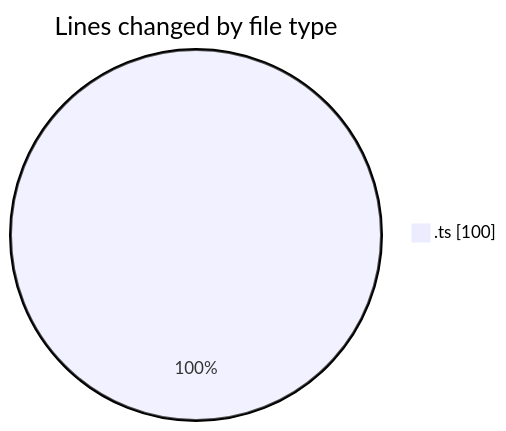
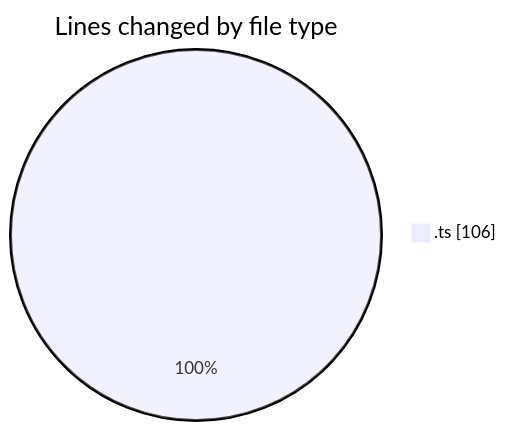
One commit to momahboobian/code-tracking changed the first of 2 diagrams in 2025-06-24/cda/README.md. Above: the diagram before and after it, drawn with Mermaid. The commit also changed other lines of this file and 1 other file, not shown here.

````diff
--- a/2025-06-24/cda/README.md
+++ b/2025-06-24/cda/README.md
@@ -20,5 +20,5 @@
 ```mermaid
 pie showData
 title Lines changed by file type
-".ts" : 100
+".ts" : 106
 ```
````
